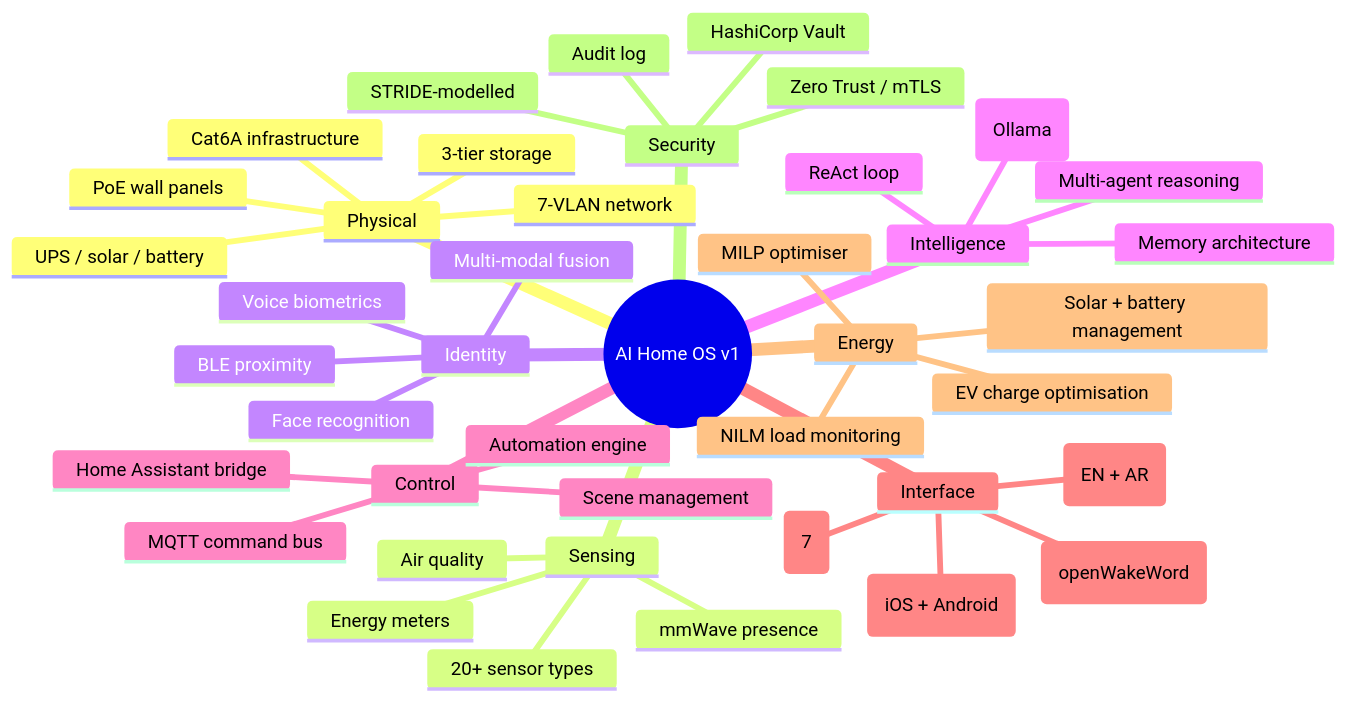
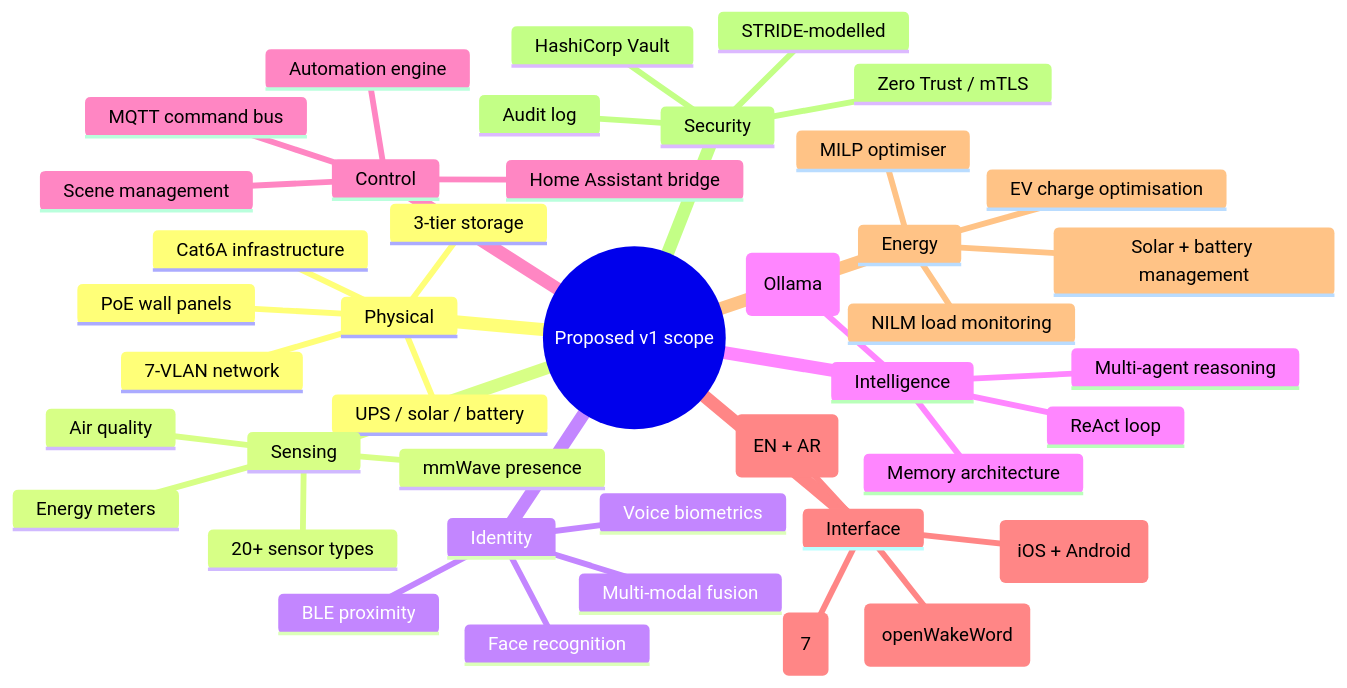
Before and after one commit to donzeg/AI-Home-OS: the first of 7 diagrams in docs/Chapter-16-Future-Roadmap.md, drawn with Mermaid. The commit also changed other lines of this file and 21 other files, not shown here.

````diff
--- a/docs/Chapter-16-Future-Roadmap.md
+++ b/docs/Chapter-16-Future-Roadmap.md
@@ -50,45 +52,45 @@
 ```mermaid
 mindmap
-  root((AI Home OS v1))
+  root((Proposed v1 scope))
     Physical
       7-VLAN network
       Cat6A infrastructure
       PoE wall panels
       3-tier storage
       UPS / solar / battery
     Sensing
       20+ sensor types
       mmWave presence
       Air quality
       Energy meters
     Identity
       Face recognition
       Voice biometrics
       BLE proximity
       Multi-modal fusion
     Intelligence
       3 local LLMs (Ollama)
       Multi-agent reasoning
       ReAct loop
       Memory architecture
     Control
       Home Assistant bridge
       MQTT command bus
       Automation engine
       Scene management
     Interface
       Natural language (EN + AR)
       Wall panels (7)
       Mobile app (iOS + Android)
       Wake word (openWakeWord)
     Energy
       Solar + battery management
       EV charge optimisation
       NILM load monitoring
       MILP optimiser
     Security
       Zero Trust / mTLS
       HashiCorp Vault
       STRIDE-modelled
       Audit log
 ```
````
